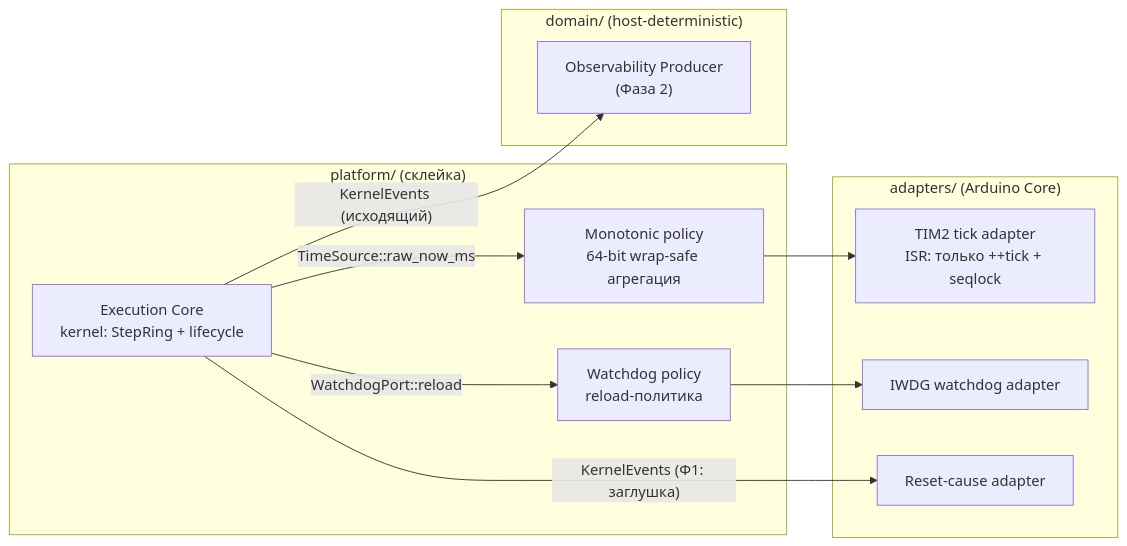
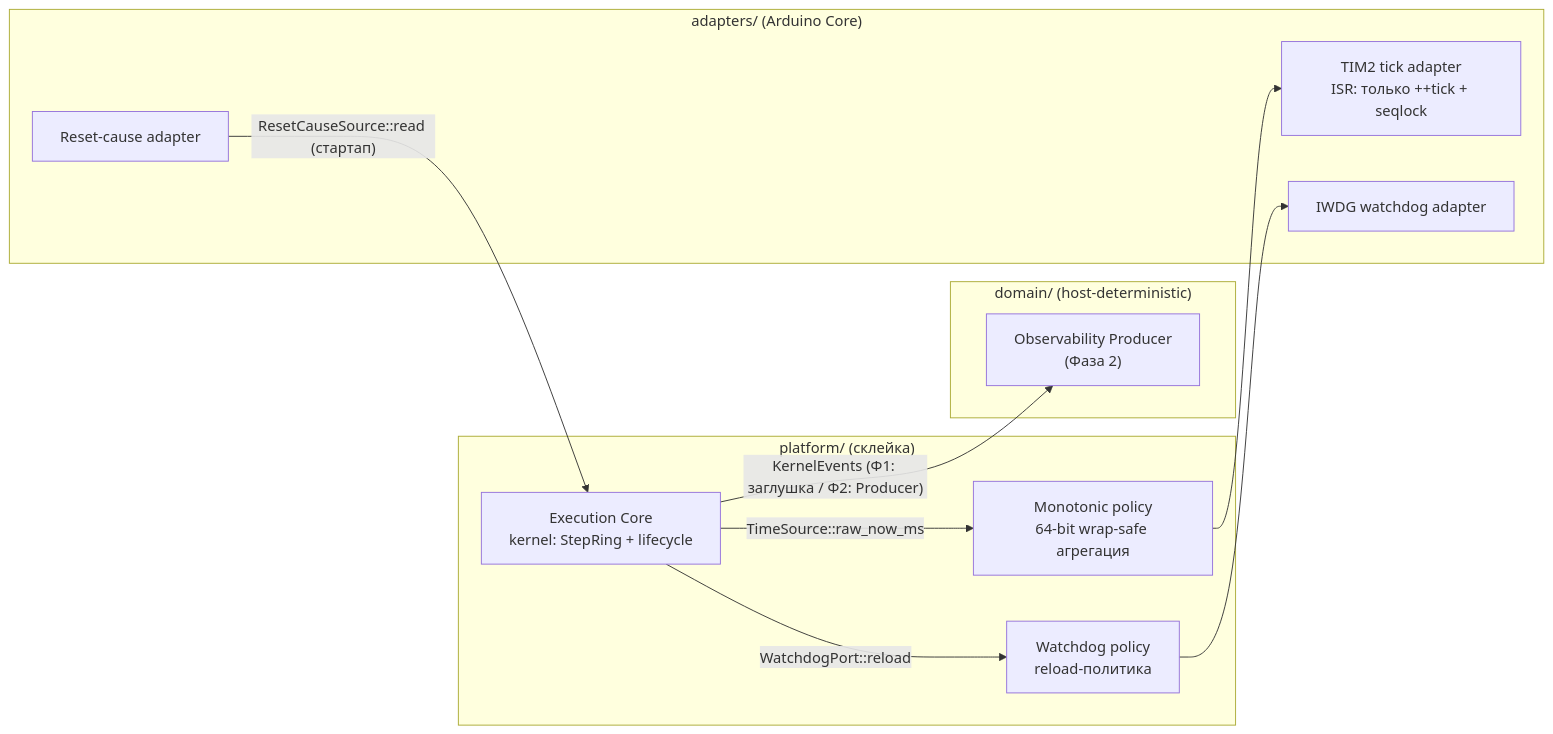
The first of 3 diagrams in docs/execution-foundation-design-v3.md (Driadix/ShuttleControllerV3), drawn with Mermaid before and after one commit. The commit also changed other lines of this file, not shown here.

````diff
--- a/docs/execution-foundation-design-v3.md
+++ b/docs/execution-foundation-design-v3.md
@@ -20,22 +20,22 @@
 ```mermaid
 flowchart LR
     subgraph platform["platform/ (склейка)"]
         EC["Execution Core<br/>kernel: StepRing + lifecycle"]
         MP["Monotonic policy<br/>64-bit wrap-safe агрегация"]
         WP["Watchdog policy<br/>reload-политика"]
     end
     subgraph domain["domain/ (host-deterministic)"]
         OP["Observability Producer<br/>(Фаза 2)"]
     end
     subgraph adapters["adapters/ (Arduino Core)"]
         TIM["TIM2 tick adapter<br/>ISR: только ++tick + seqlock"]
         IWDG["IWDG watchdog adapter"]
         RC["Reset-cause adapter"]
     end
     EC -->|"TimeSource::raw_now_ms"| MP
     EC -->|"WatchdogPort::reload"| WP
     MP --> TIM
     WP --> IWDG
-    EC -->|"KernelEvents (исходящий)"| OP
-    EC -->|"KernelEvents (Ф1: заглушка)"| RC
+    RC -->|"ResetCauseSource::read (стартап)"| EC
+    EC -->|"KernelEvents (Ф1: заглушка / Ф2: Producer)"| OP
 ```
````
